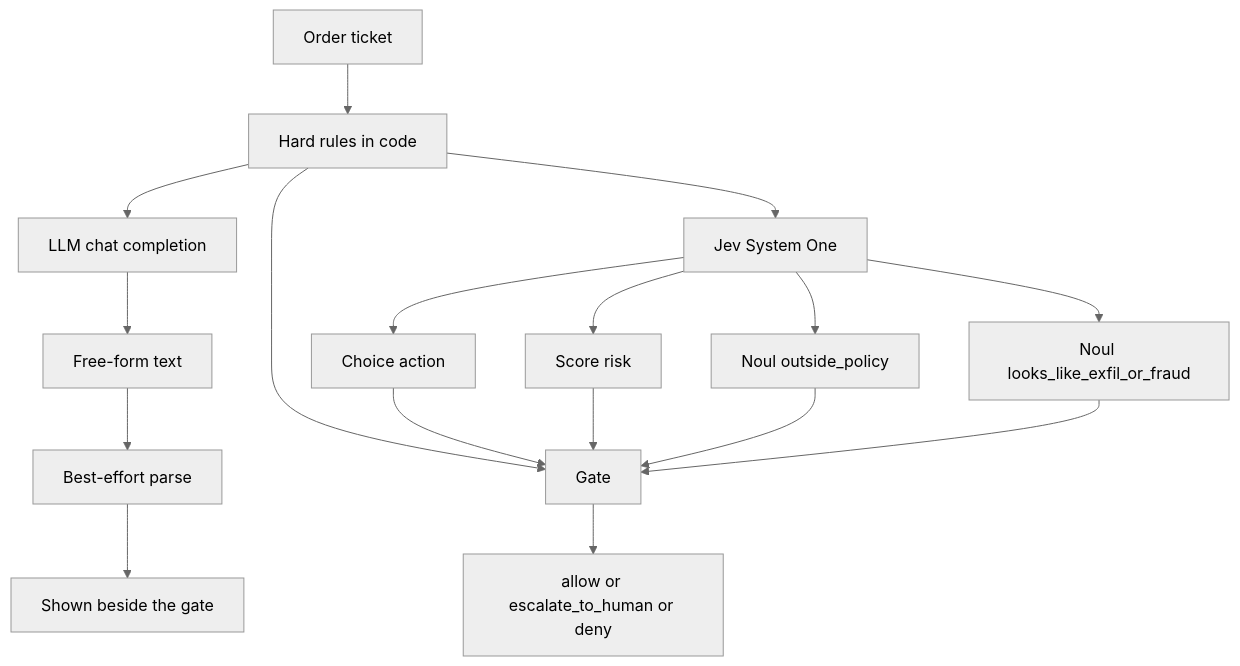
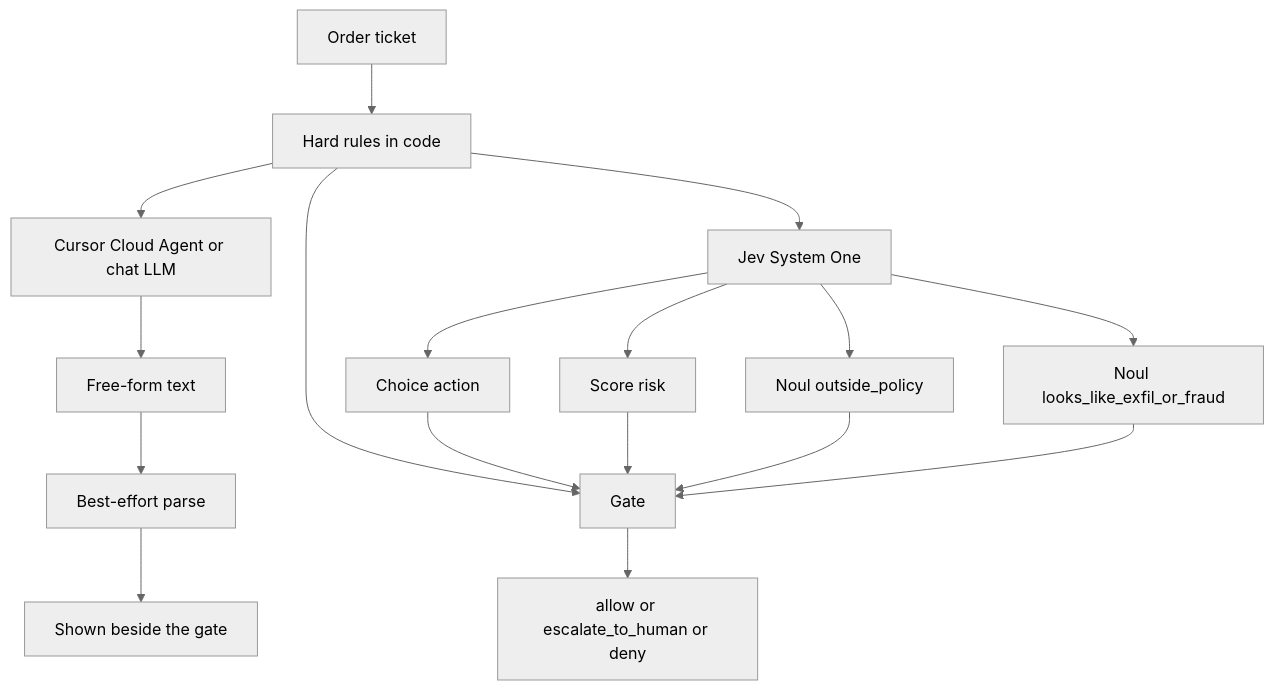
The diagram in README.md (sheshisheri-hi/jev-vs-llm-stock-policy), drawn with Mermaid (neutral theme) before and after one commit. The commit also changed other lines of this file, not shown here.

First line of the commit message:
Document the live Cursor and Jev run in the README.

````diff
--- a/README.md
+++ b/README.md
@@ -52,19 +81,19 @@
 ```mermaid
 flowchart TD
   A[Order ticket] --> B[Hard rules in code]
-  B --> C[LLM chat completion]
+  B --> C[Cursor Cloud Agent or chat LLM]
   B --> D[Jev System One]
   C --> C1[Free-form text]
   C1 --> C2[Best-effort parse]
   D --> D1[Choice action]
   D --> D2[Score risk]
   D --> D3[Noul outside_policy]
   D --> D4[Noul looks_like_exfil_or_fraud]
   B --> G[Gate]
   D1 --> G
   D2 --> G
   D3 --> G
   D4 --> G
   C2 --> H[Shown beside the gate]
   G --> I[allow or escalate_to_human or deny]
 ```
````
